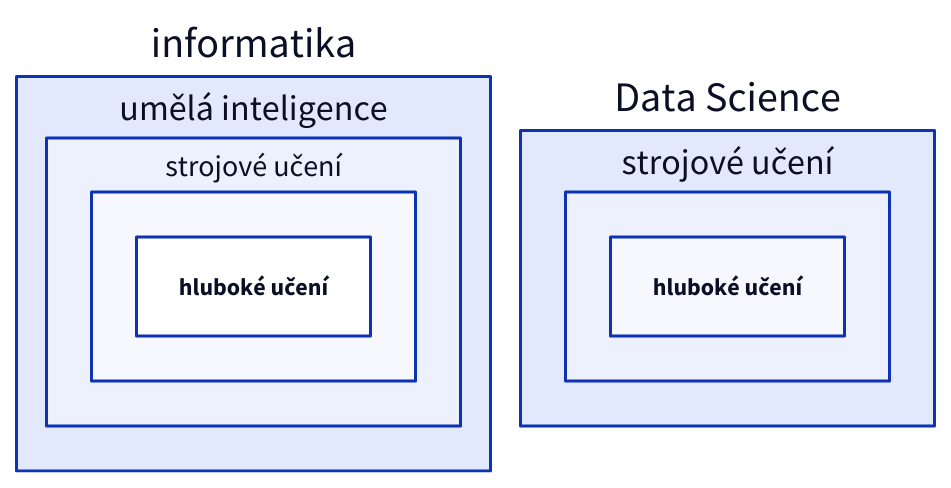
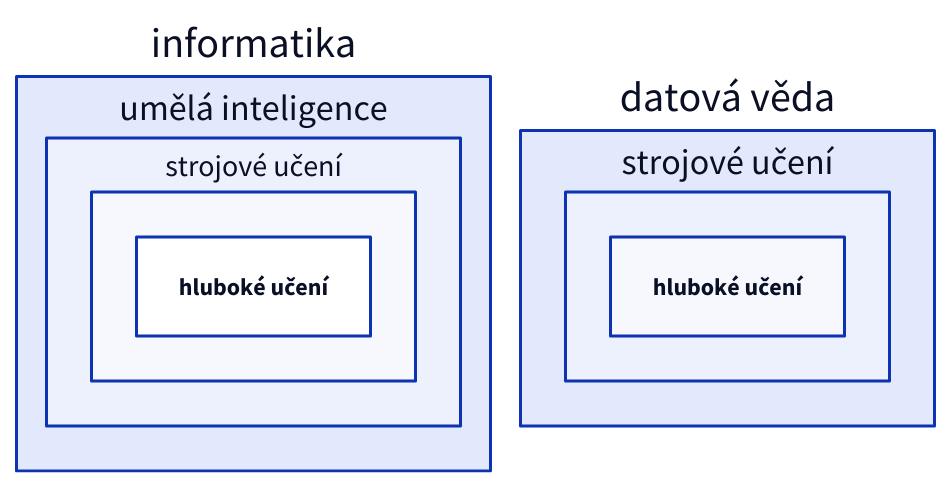
Before and after one commit to j-ochmann/j-ochmann.github.io: the second of 2 diagrams in src/content/docs/ai/index.md, drawn with D2.

Commit message:
Translate 'Data Science' to 'datová věda'

````diff
--- a/src/content/docs/ai/index.md
+++ b/src/content/docs/ai/index.md
@@ -23,14 +23,14 @@
 ```d2
 informatika: {
   umělá inteligence: {
     strojové učení: {
       hluboké učení
     }
   }
 }
-Data Science: {
+datová věda: {
   strojové učení: {
     hluboké učení
   }
 }
 ```
````
